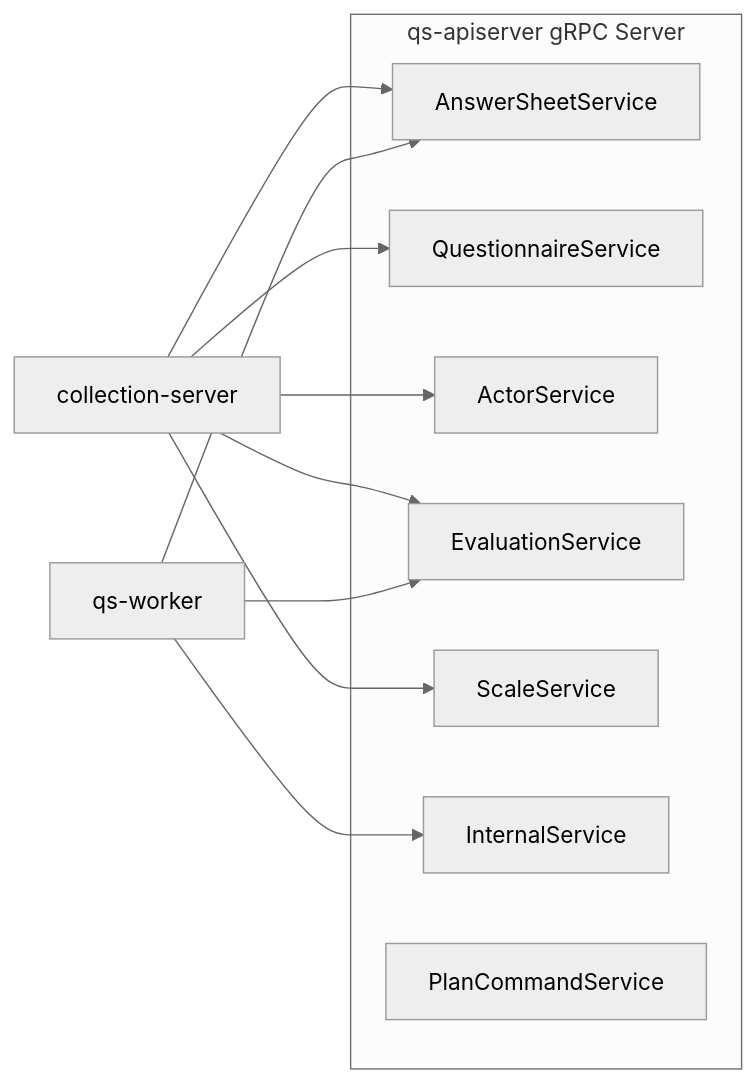
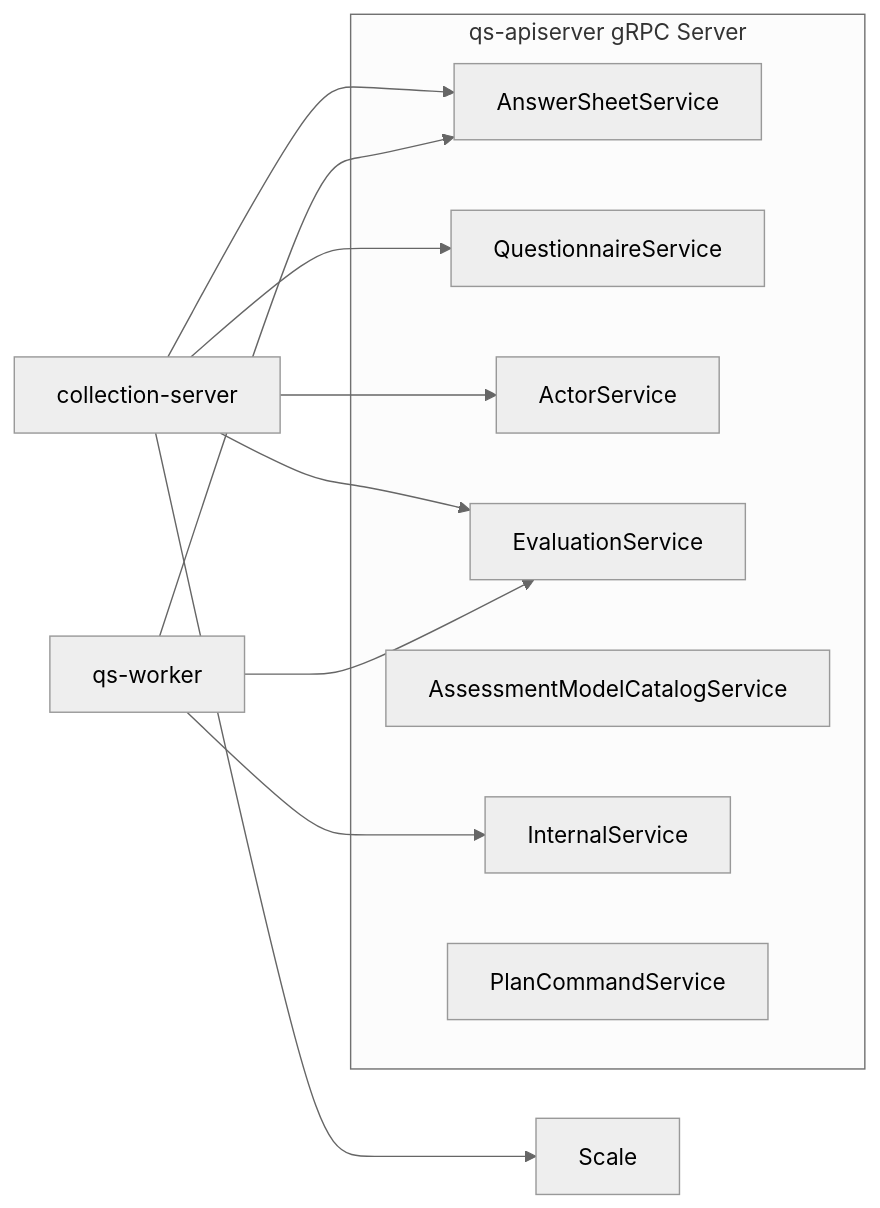
One commit to FangcunMount/qs-server changed the diagram in docs/04-接口与运维/03-gRPC契约.md. Above: the diagram before and after it, drawn with Mermaid (neutral theme). The commit also changed other lines of this file and 267 other files, not shown here.

First line of the commit message:
feat(modelcatalog): 添加AssessmentModelCatalogService及相关数据结构

````diff
--- a/docs/04-接口与运维/03-gRPC契约.md
+++ b/docs/04-接口与运维/03-gRPC契约.md
@@ -28,25 +28,25 @@
 ```mermaid
 flowchart LR
     Collection["collection-server"]
     Worker["qs-worker"]
 
     subgraph API["qs-apiserver gRPC Server"]
         AS["AnswerSheetService"]
         QS["QuestionnaireService"]
         Actor["ActorService"]
         Eval["EvaluationService"]
-        Scale["ScaleService"]
+        Catalog["AssessmentModelCatalogService"]
         Internal["InternalService"]
         Plan["PlanCommandService"]
     end
 
     Collection --> AS
     Collection --> QS
     Collection --> Actor
     Collection --> Eval
     Collection --> Scale
 
     Worker --> AS
     Worker --> Eval
     Worker --> Internal
 ```
````
